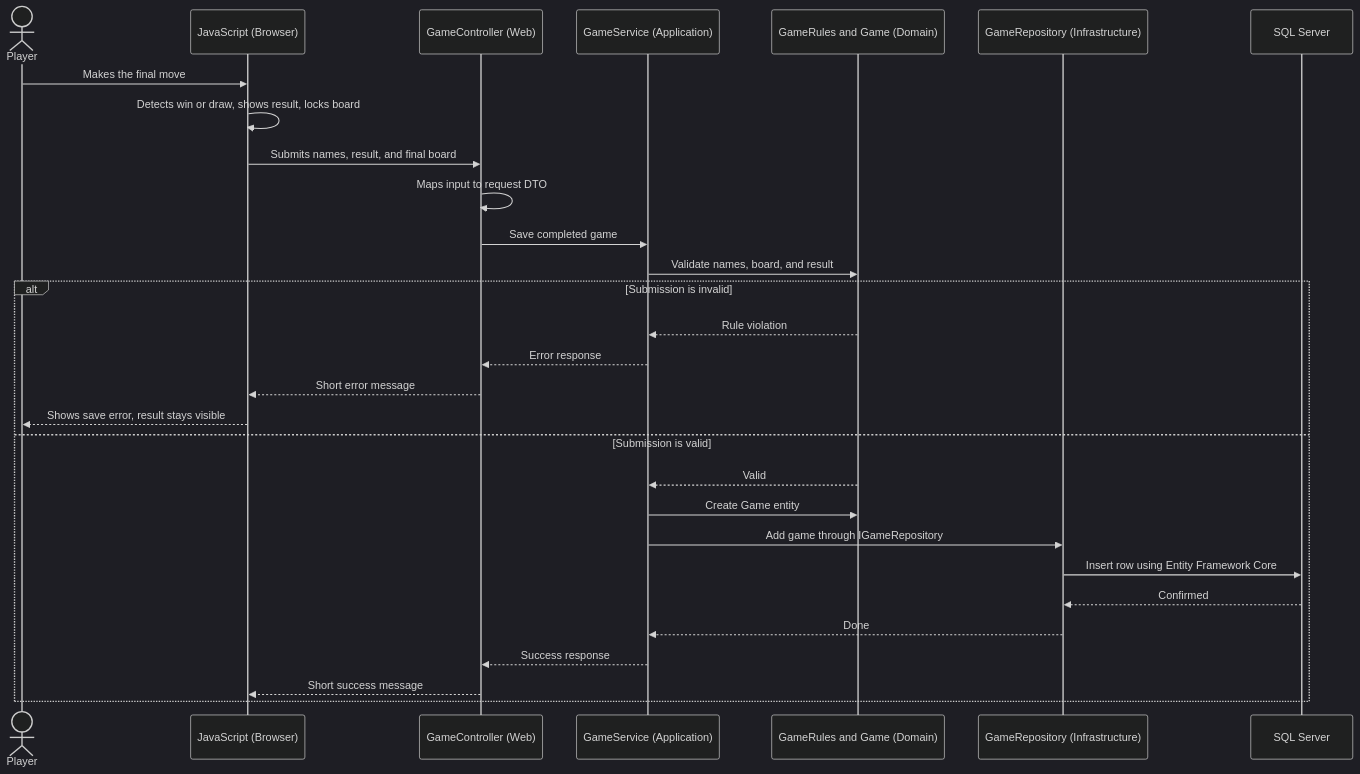
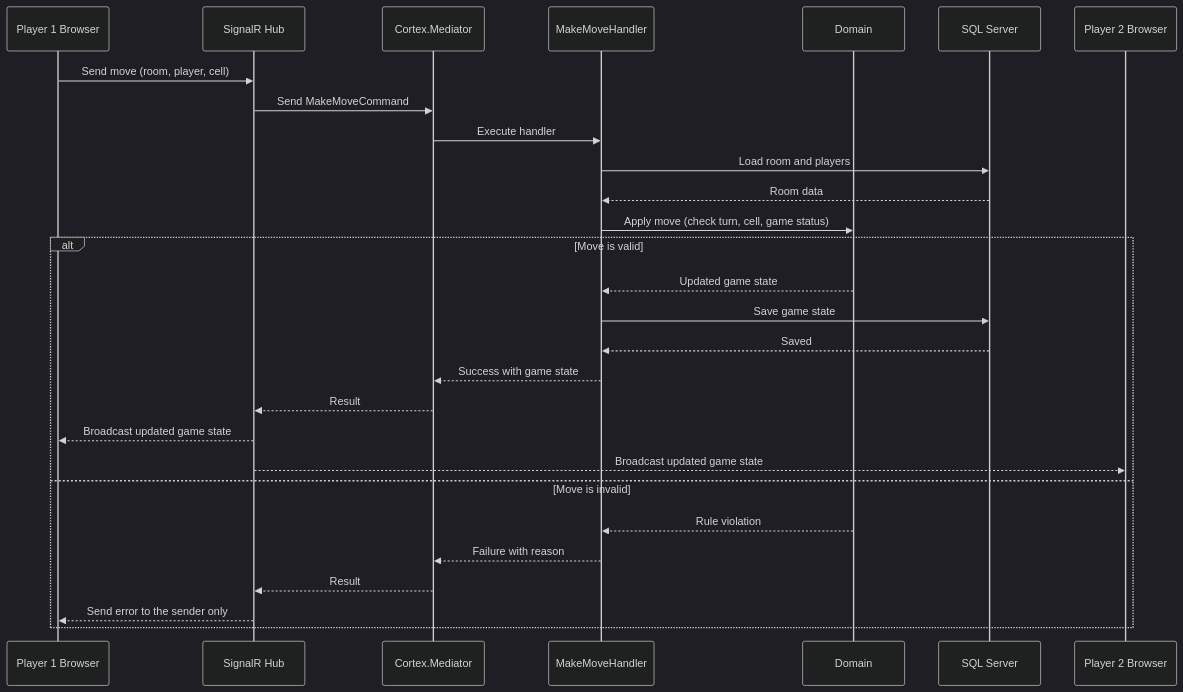
One commit to phaticroman/TicTacToe changed the second of 2 diagrams in docs/Architecture.md. Above: the diagram before and after it, drawn with Mermaid (dark theme). The commit also changed other lines of this file and 2 other files, not shown here.

````diff
--- a/docs/Architecture.md
+++ b/docs/Architecture.md
@@ -594,32 +224,31 @@
 ```mermaid
 sequenceDiagram
-    actor Player
-    participant JS as JavaScript (Browser)
-    participant GC as GameController (Web)
-    participant GS as GameService (Application)
-    participant GR as GameRules and Game (Domain)
-    participant Repo as GameRepository (Infrastructure)
+    participant P1 as Player 1 Browser
+    participant Hub as SignalR Hub
+    participant Med as Cortex.Mediator
+    participant H as MakeMoveHandler
+    participant Dom as Domain
     participant DB as SQL Server
+    participant P2 as Player 2 Browser
 
-    Player->>JS: Makes the final move
-    JS->>JS: Detects win or draw, shows result, locks board
-    JS->>GC: Submits names, result, and final board
-    GC->>GC: Maps input to request DTO
-    GC->>GS: Save completed game
-    GS->>GR: Validate names, board, and result
-    alt Submission is invalid
-        GR-->>GS: Rule violation
-        GS-->>GC: Error response
-        GC-->>JS: Short error message
-        JS-->>Player: Shows save error, result stays visible
-    else Submission is valid
-        GR-->>GS: Valid
-        GS->>GR: Create Game entity
-        GS->>Repo: Add game through IGameRepository
-        Repo->>DB: Insert row using Entity Framework Core
-        DB-->>Repo: Confirmed
-        Repo-->>GS: Done
-        GS-->>GC: Success response
-        GC-->>JS: Short success message
+    P1->>Hub: Send move (room, player, cell)
+    Hub->>Med: Send MakeMoveCommand
+    Med->>H: Execute handler
+    H->>DB: Load room and players
+    DB-->>H: Room data
+    H->>Dom: Apply move (check turn, cell, game status)
+    alt Move is valid
+        Dom-->>H: Updated game state
+        H->>DB: Save game state
+        DB-->>H: Saved
+        H-->>Med: Success with game state
+        Med-->>Hub: Result
+        Hub-->>P1: Broadcast updated game state
+        Hub-->>P2: Broadcast updated game state
+    else Move is invalid
+        Dom-->>H: Rule violation
+        H-->>Med: Failure with reason
+        Med-->>Hub: Result
+        Hub-->>P1: Send error to the sender only
     end
 ```
````
